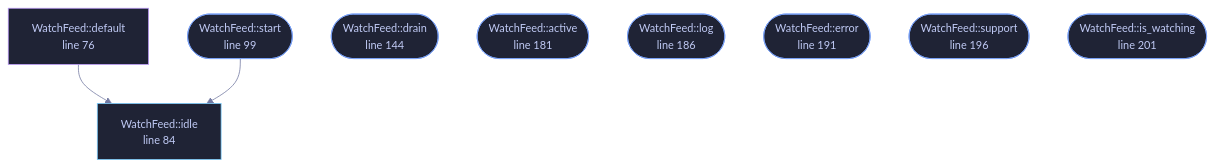
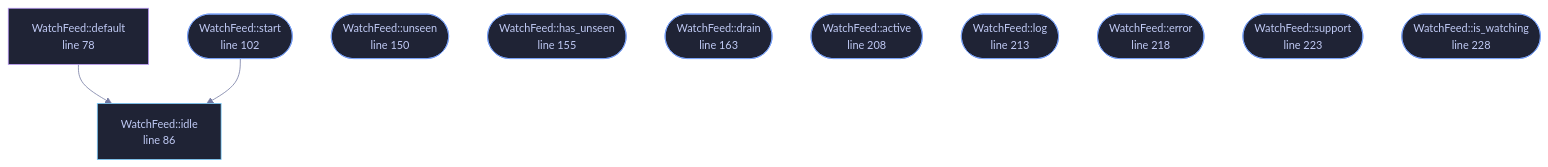
The diagram in docs/files/veilvoice-gui/watchfeed.md (tilas01/veilvoice), drawn with Mermaid before and after one commit. The commit also changed other lines of this file and 61 other files, not shown here.

````diff
--- a/docs/files/veilvoice-gui/watchfeed.md
+++ b/docs/files/veilvoice-gui/watchfeed.md
@@ -101,30 +103,34 @@
 ```mermaid
 %%{init: {"theme":"base","themeVariables":{"background":"#1a1b26","primaryColor":"#1f2335","primaryTextColor":"#c0caf5","primaryBorderColor":"#7aa2f7","secondaryColor":"#16161e","tertiaryColor":"#16161e","lineColor":"#737aa2","textColor":"#c0caf5","mainBkg":"#1f2335","nodeBorder":"#7aa2f7","clusterBkg":"#16161e","clusterBorder":"#2f3549","fontFamily":"ui-monospace, SFMono-Regular, Consolas, monospace","fontSize":"14px"}}}%%
 flowchart TD
-    n_default["WatchFeed::default<br/>line 76"]
-    n_idle["WatchFeed::idle<br/>line 84"]
-    n_start(["WatchFeed::start<br/>line 99"])
-    n_drain(["WatchFeed::drain<br/>line 144"])
-    n_active(["WatchFeed::active<br/>line 181"])
-    n_log(["WatchFeed::log<br/>line 186"])
-    n_error(["WatchFeed::error<br/>line 191"])
-    n_support(["WatchFeed::support<br/>line 196"])
-    n_is_watching(["WatchFeed::is_watching<br/>line 201"])
+    n_default["WatchFeed::default<br/>line 78"]
+    n_idle["WatchFeed::idle<br/>line 86"]
+    n_start(["WatchFeed::start<br/>line 102"])
+    n_unseen(["WatchFeed::unseen<br/>line 150"])
+    n_has_unseen(["WatchFeed::has_unseen<br/>line 155"])
+    n_drain(["WatchFeed::drain<br/>line 163"])
+    n_active(["WatchFeed::active<br/>line 208"])
+    n_log(["WatchFeed::log<br/>line 213"])
+    n_error(["WatchFeed::error<br/>line 218"])
+    n_support(["WatchFeed::support<br/>line 223"])
+    n_is_watching(["WatchFeed::is_watching<br/>line 228"])
     n_default --> n_idle
     n_start --> n_idle
-    click n_default href "https://github.com/tilas01/veilvoice/blob/main/crates/veilvoice-gui/src/watchfeed.rs#L76" "open the source"
-    click n_idle href "https://github.com/tilas01/veilvoice/blob/main/crates/veilvoice-gui/src/watchfeed.rs#L84" "open the source"
-    click n_start href "https://github.com/tilas01/veilvoice/blob/main/crates/veilvoice-gui/src/watchfeed.rs#L99" "open the source"
-    click n_drain href "https://github.com/tilas01/veilvoice/blob/main/crates/veilvoice-gui/src/watchfeed.rs#L144" "open the source"
-    click n_active href "https://github.com/tilas01/veilvoice/blob/main/crates/veilvoice-gui/src/watchfeed.rs#L181" "open the source"
-    click n_log href "https://github.com/tilas01/veilvoice/blob/main/crates/veilvoice-gui/src/watchfeed.rs#L186" "open the source"
-    click n_error href "https://github.com/tilas01/veilvoice/blob/main/crates/veilvoice-gui/src/watchfeed.rs#L191" "open the source"
-    click n_support href "https://github.com/tilas01/veilvoice/blob/main/crates/veilvoice-gui/src/watchfeed.rs#L196" "open the source"
-    click n_is_watching href "https://github.com/tilas01/veilvoice/blob/main/crates/veilvoice-gui/src/watchfeed.rs#L201" "open the source"
+    click n_default href "https://github.com/tilas01/veilvoice/blob/main/crates/veilvoice-gui/src/watchfeed.rs#L78" "open the source"
+    click n_idle href "https://github.com/tilas01/veilvoice/blob/main/crates/veilvoice-gui/src/watchfeed.rs#L86" "open the source"
+    click n_start href "https://github.com/tilas01/veilvoice/blob/main/crates/veilvoice-gui/src/watchfeed.rs#L102" "open the source"
+    click n_unseen href "https://github.com/tilas01/veilvoice/blob/main/crates/veilvoice-gui/src/watchfeed.rs#L150" "open the source"
+    click n_has_unseen href "https://github.com/tilas01/veilvoice/blob/main/crates/veilvoice-gui/src/watchfeed.rs#L155" "open the source"
+    click n_drain href "https://github.com/tilas01/veilvoice/blob/main/crates/veilvoice-gui/src/watchfeed.rs#L163" "open the source"
+    click n_active href "https://github.com/tilas01/veilvoice/blob/main/crates/veilvoice-gui/src/watchfeed.rs#L208" "open the source"
+    click n_log href "https://github.com/tilas01/veilvoice/blob/main/crates/veilvoice-gui/src/watchfeed.rs#L213" "open the source"
+    click n_error href "https://github.com/tilas01/veilvoice/blob/main/crates/veilvoice-gui/src/watchfeed.rs#L218" "open the source"
+    click n_support href "https://github.com/tilas01/veilvoice/blob/main/crates/veilvoice-gui/src/watchfeed.rs#L223" "open the source"
+    click n_is_watching href "https://github.com/tilas01/veilvoice/blob/main/crates/veilvoice-gui/src/watchfeed.rs#L228" "open the source"
     classDef entry fill:#1f2335,stroke:#7aa2f7,color:#c0caf5
-    class n_start,n_drain,n_active,n_log,n_error,n_support,n_is_watching entry
+    class n_start,n_unseen,n_has_unseen,n_drain,n_active,n_log,n_error,n_support,n_is_watching entry
     classDef api fill:#1f2335,stroke:#7dcfff,color:#c0caf5
     class n_idle api
     classDef helper fill:#1f2335,stroke:#bb9af7,color:#c0caf5
     class n_default helper
 ```
````
